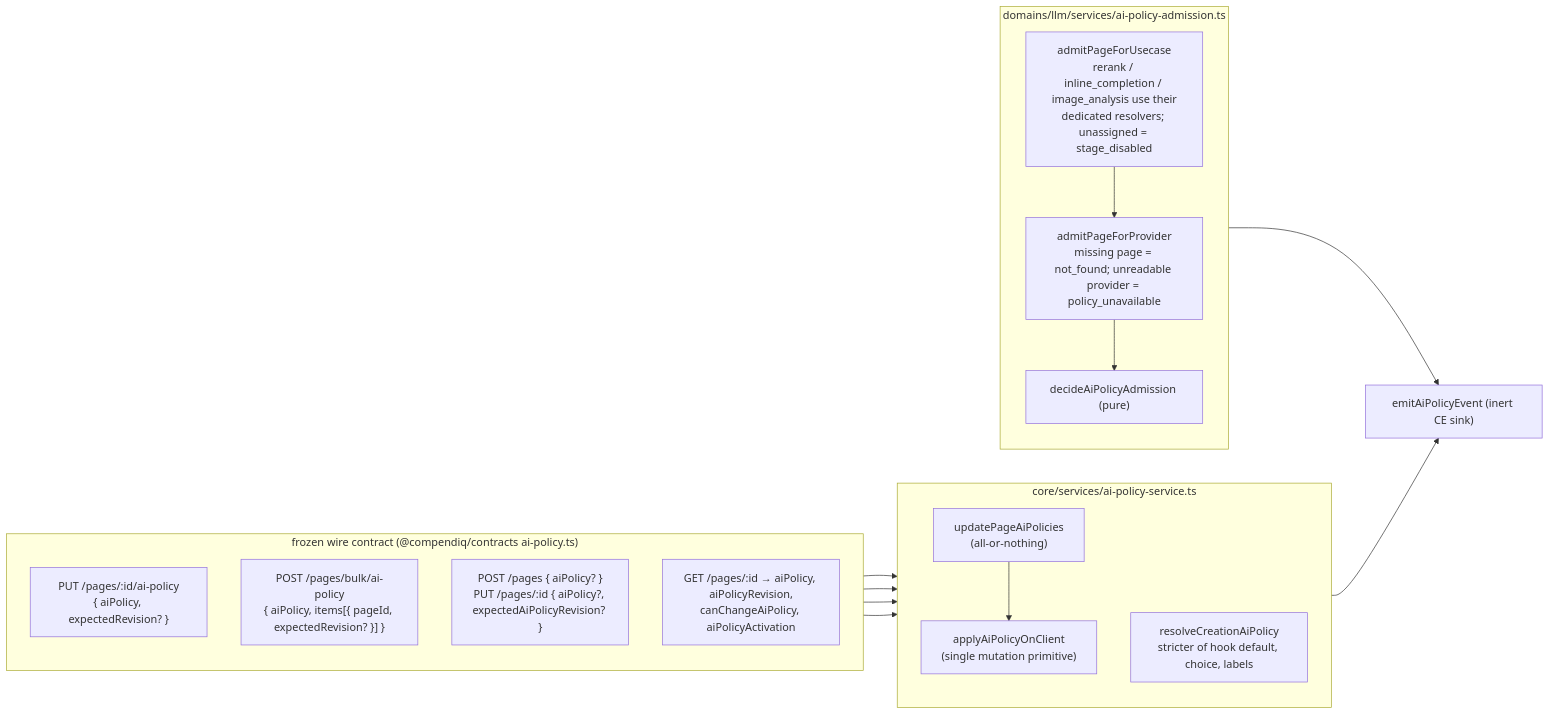
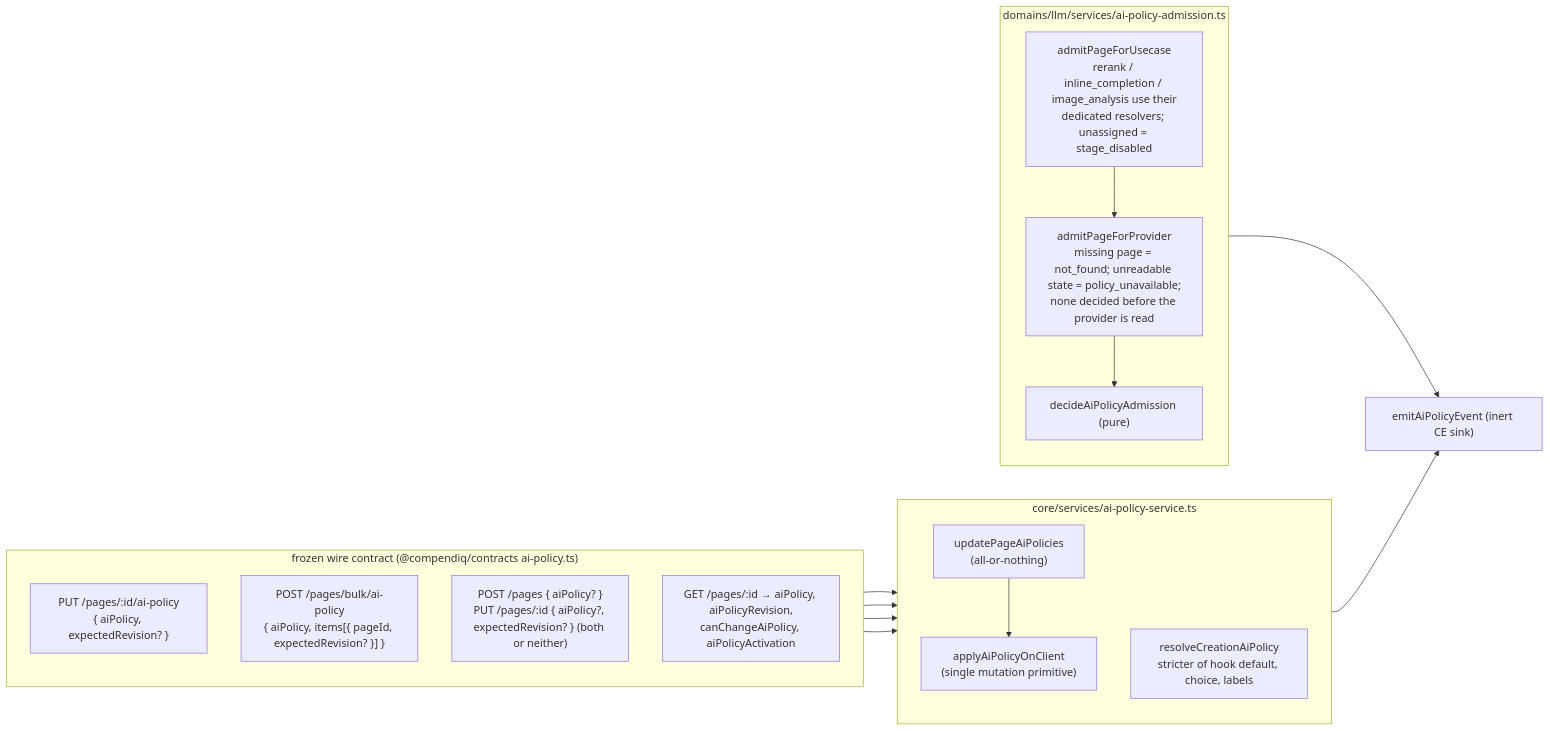
The second of 10 diagrams in docs/architecture/03-backend-domains.md (Compendiq/compendiq-ce), drawn with Mermaid before and after one commit. The commit also changed other lines of this file and 19 other files, not shown here.

````diff
--- a/docs/architecture/03-backend-domains.md
+++ b/docs/architecture/03-backend-domains.md
@@ -148,30 +148,30 @@
 ```mermaid
 flowchart LR
     subgraph wire["frozen wire contract (@compendiq/contracts ai-policy.ts)"]
         direction TB
         putOne["PUT /pages/:id/ai-policy<br/>{ aiPolicy, expectedRevision? }"]
         putBulk["POST /pages/bulk/ai-policy<br/>{ aiPolicy, items[{ pageId, expectedRevision? }] }"]
-        crud["POST /pages { aiPolicy? }<br/>PUT /pages/:id { aiPolicy?, expectedAiPolicyRevision? }"]
+        crud["POST /pages { aiPolicy? }<br/>PUT /pages/:id { aiPolicy?, expectedRevision? } (both or neither)"]
         detail["GET /pages/:id → aiPolicy, aiPolicyRevision,<br/>canChangeAiPolicy, aiPolicyActivation"]
     end
     subgraph svc["core/services/ai-policy-service.ts"]
         direction TB
         upd["updatePageAiPolicies<br/>(all-or-nothing)"]
         prim["applyAiPolicyOnClient<br/>(single mutation primitive)"]
         creation["resolveCreationAiPolicy<br/>stricter of hook default, choice, labels"]
     end
     subgraph adm["domains/llm/services/ai-policy-admission.ts"]
         direction TB
         byUsecase["admitPageForUsecase<br/>rerank / inline_completion / image_analysis use their<br/>dedicated resolvers; unassigned = stage_disabled"]
-        byProvider["admitPageForProvider<br/>missing page = not_found; unreadable provider = policy_unavailable"]
+        byProvider["admitPageForProvider<br/>missing page = not_found; unreadable state = policy_unavailable;<br/>none decided before the provider is read"]
         decide["decideAiPolicyAdmission (pure)"]
     end
     putOne --> upd
     putBulk --> upd
     crud --> prim
     upd --> prim
     crud --> creation
     byUsecase --> byProvider --> decide
     prim --> events["emitAiPolicyEvent (inert CE sink)"]
     byProvider --> events
 ```
````
